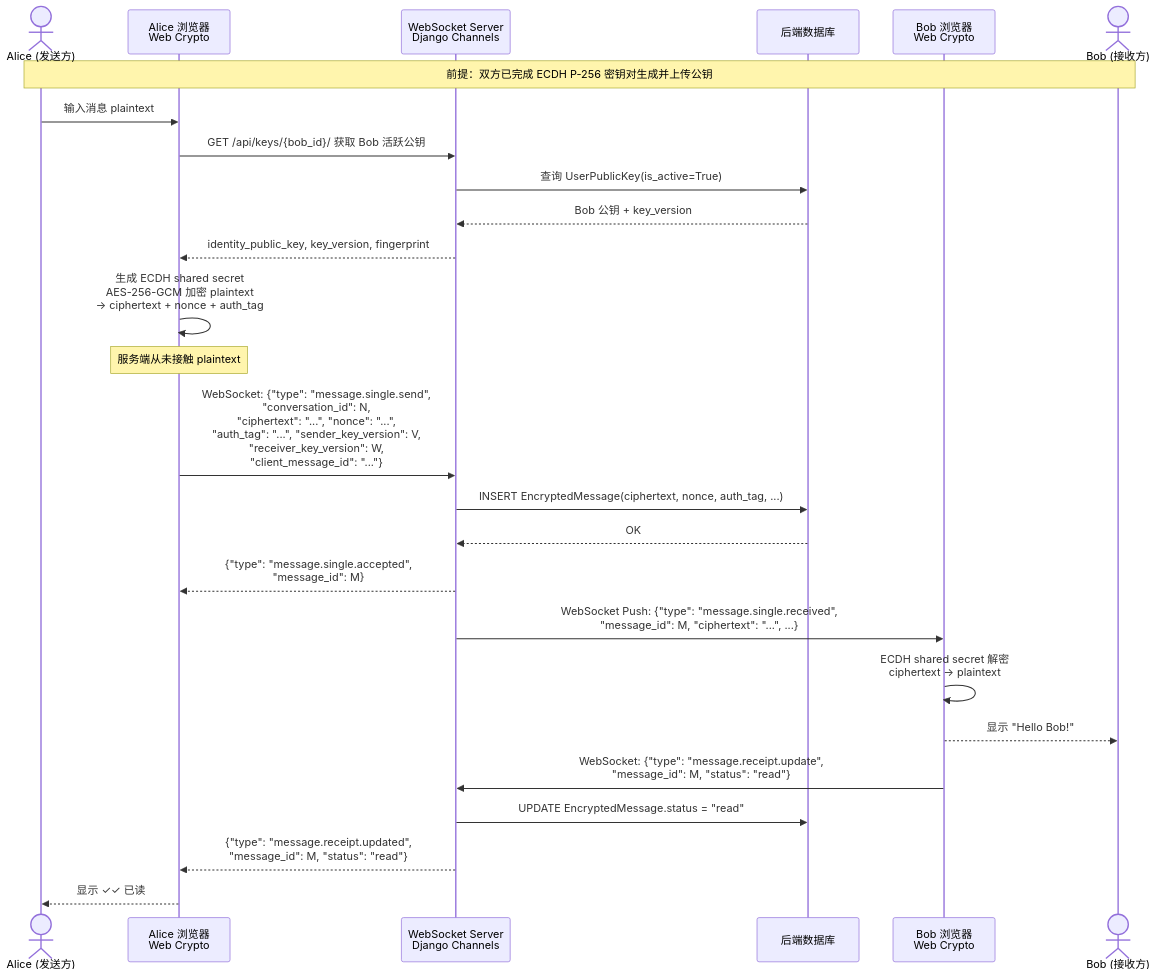
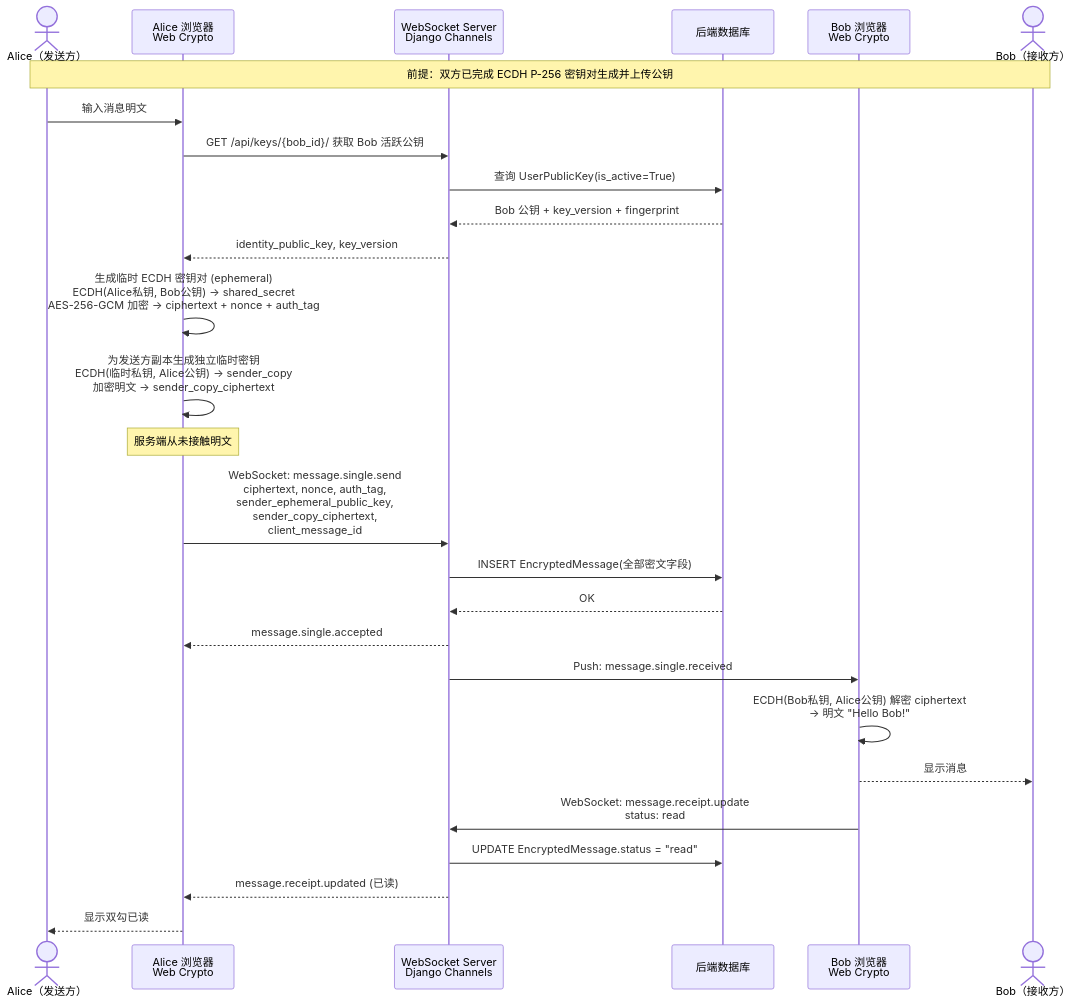
One commit to HeanX/iChat_Pro changed the fifth of 9 diagrams in docs/iChat Pro UML 与架构图交付文档.md. Above: the diagram before and after it, drawn with Mermaid. The commit also changed other lines of this file, not shown here.

First line of the commit message:
docs: complete rewrite of UML & architecture diagrams for current main

````diff
--- a/docs/iChat Pro UML 与架构图交付文档.md
+++ b/docs/iChat Pro UML 与架构图交付文档.md
@@ -289,34 +476,35 @@
 ```mermaid
 sequenceDiagram
-    actor A as Alice (发送方)
+    actor A as Alice（发送方）
     participant AC as Alice 浏览器<br/>Web Crypto
     participant WS as WebSocket Server<br/>Django Channels
     participant DB as 后端数据库
     participant BC as Bob 浏览器<br/>Web Crypto
-    actor B as Bob (接收方)
+    actor B as Bob（接收方）
 
     Note over A,B: 前提：双方已完成 ECDH P-256 密钥对生成并上传公钥
 
-    A->>AC: 输入消息 plaintext
+    A->>AC: 输入消息明文
     AC->>WS: GET /api/keys/{bob_id}/ 获取 Bob 活跃公钥
     WS->>DB: 查询 UserPublicKey(is_active=True)
-    DB-->>WS: Bob 公钥 + key_version
-    WS-->>AC: identity_public_key, key_version, fingerprint
+    DB-->>WS: Bob 公钥 + key_version + fingerprint
+    WS-->>AC: identity_public_key, key_version
 
-    AC->>AC: 生成 ECDH shared secret<br/>AES-256-GCM 加密 plaintext<br/>→ ciphertext + nonce + auth_tag
-    Note over AC: 服务端从未接触 plaintext
+    AC->>AC: 生成临时 ECDH 密钥对 (ephemeral)<br/>ECDH(Alice私钥, Bob公钥) → shared_secret<br/>AES-256-GCM 加密 → ciphertext + nonce + auth_tag
+    AC->>AC: 为发送方副本生成独立临时密钥<br/>ECDH(临时私钥, Alice公钥) → sender_copy<br/>加密明文 → sender_copy_ciphertext
+    Note over AC: 服务端从未接触明文
 
-    AC->>WS: WebSocket: {"type": "message.single.send",<br/>"conversation_id": N,<br/>"ciphertext": "...", "nonce": "...",<br/>"auth_tag": "...", "sender_key_version": V,<br/>"receiver_key_version": W,<br/>"client_message_id": "..."}
-    WS->>DB: INSERT EncryptedMessage(ciphertext, nonce, auth_tag, ...)
+    AC->>WS: WebSocket: message.single.send<br/>ciphertext, nonce, auth_tag,<br/>sender_ephemeral_public_key,<br/>sender_copy_ciphertext,<br/>client_message_id
+    WS->>DB: INSERT EncryptedMessage(全部密文字段)
     DB-->>WS: OK
-    WS-->>AC: {"type": "message.single.accepted",<br/>"message_id": M}
+    WS-->>AC: message.single.accepted
 
-    WS->>BC: WebSocket Push: {"type": "message.single.received",<br/>"message_id": M, "ciphertext": "...", ...}
-    BC->>BC: ECDH shared secret 解密<br/>ciphertext → plaintext
-    BC-->>B: 显示 "Hello Bob!"
+    WS->>BC: Push: message.single.received
+    BC->>BC: ECDH(Bob私钥, Alice公钥) 解密 ciphertext<br/>→ 明文 "Hello Bob!"
+    BC-->>B: 显示消息
 
-    BC->>WS: WebSocket: {"type": "message.receipt.update",<br/>"message_id": M, "status": "read"}
+    BC->>WS: WebSocket: message.receipt.update<br/>status: read
     WS->>DB: UPDATE EncryptedMessage.status = "read"
-    WS-->>AC: {"type": "message.receipt.updated",<br/>"message_id": M, "status": "read"}
-    AC-->>A: 显示 ✓✓ 已读
+    WS-->>AC: message.receipt.updated (已读)
+    AC-->>A: 显示双勾已读
 ```
````
